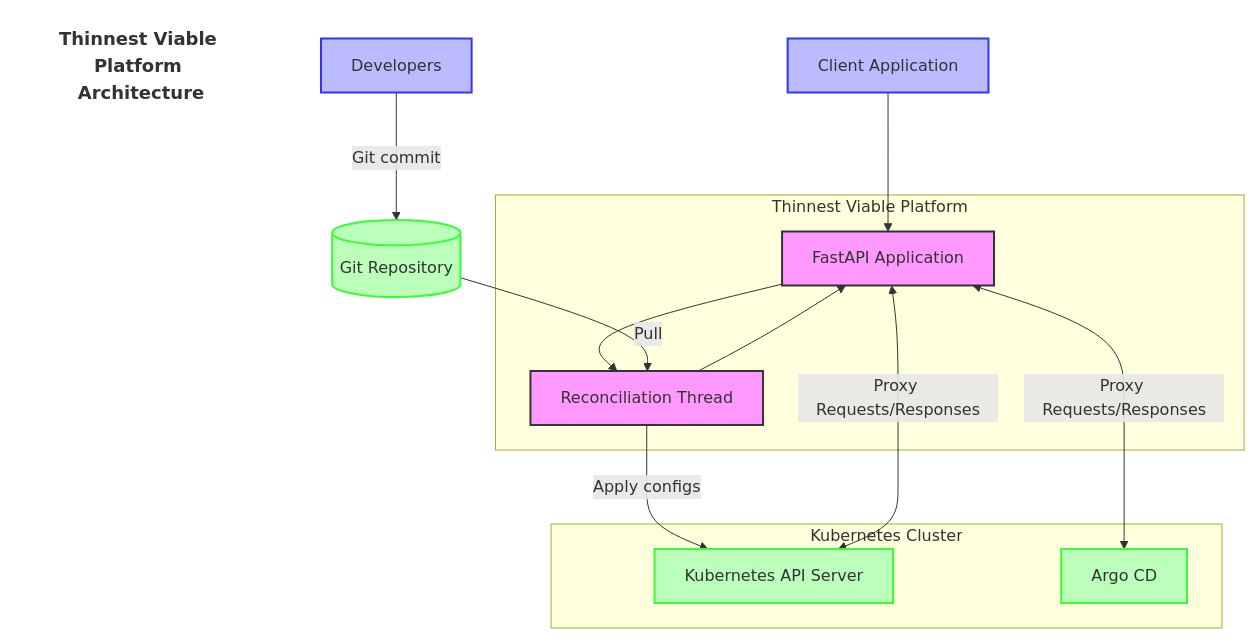
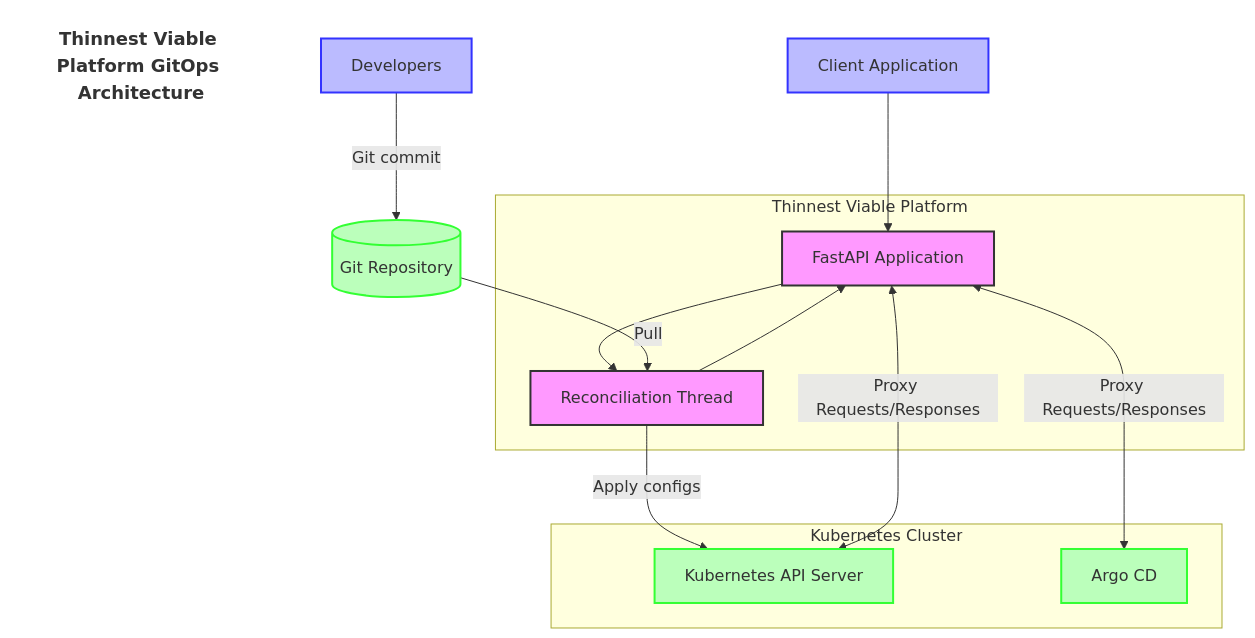
Before and after one commit to lloydchang/tvp-k8s: the seventh of 9 diagrams in README.md, drawn with Mermaid. The commit also changed 1 other file, not shown here.

````diff
--- a/README.md
+++ b/README.md
@@ -520,34 +520,34 @@
 ```mermaid
 flowchart TB
-    title[Thinnest Viable Platform Architecture]
+    title[Thinnest Viable Platform GitOps Architecture]
     style title fill:none,stroke:none,font-size:18px,font-weight:bold
     subgraph "Thinnest Viable Platform"
         API[FastAPI Application]
         RT[Reconciliation Thread]
         
         API --> RT
         RT --> API
     end
     
     Dev[Developers] -->|Git commit| GitRepo[(Git Repository)]
     GitRepo -->|Pull| RT
     RT -->|Apply configs| KubernetesAPI
     
     subgraph "Kubernetes Cluster"
         KubernetesAPI[Kubernetes API Server]
         ArgoCD[Argo CD]
     end
     
     Client[Client Application] --> API
     API <-->|Proxy Requests/Responses| KubernetesAPI
     API <-->|Proxy Requests/Responses| ArgoCD
     
     classDef platform fill:#f9f,stroke:#333,stroke-width:2px
     classDef external fill:#bfb,stroke:#3f3,stroke-width:2px
     classDef user fill:#bbf,stroke:#33f,stroke-width:2px
     
     class API,RT platform
     class KubernetesAPI,ArgoCD,GitRepo external
     class Dev,Client user
 
 ```
````
